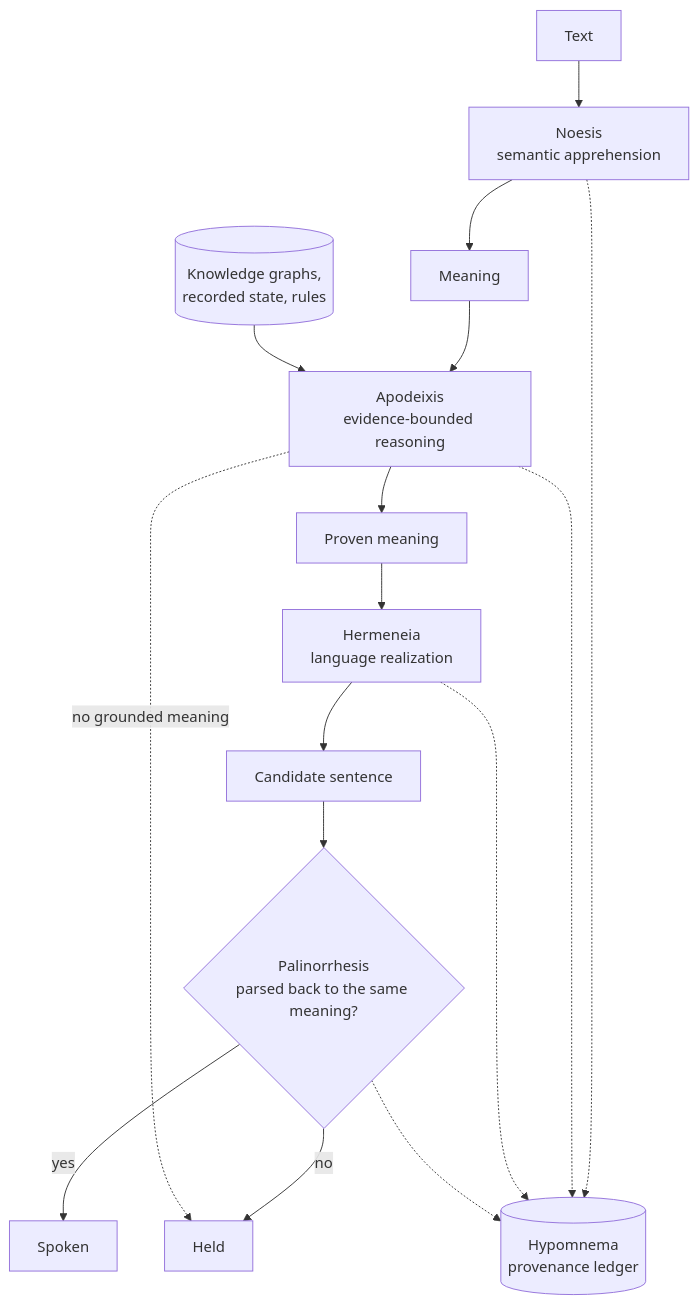
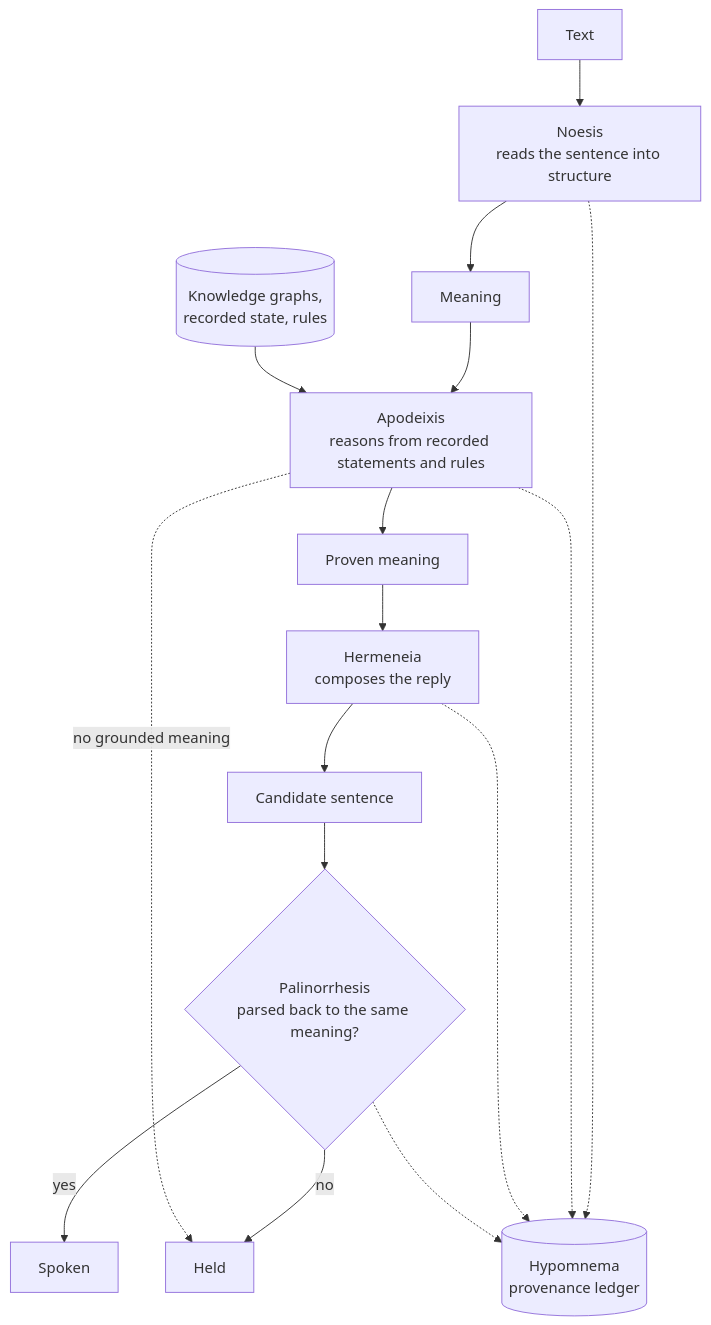
The diagram in README.md (DoTaeIn/Marco), drawn with Mermaid before and after one commit. The commit also changed other lines of this file and 12 other files, not shown here.

Commit message:
README rewritten to the current state: the gate at 69 of 108, the experiment loop, the fixed timeline, a short layout; the detail sections moved unchanged into docs/en; experiments 2 and 3 logged with their reports

````diff
--- a/README.md
+++ b/README.md
@@ -333,15 +110,15 @@
 ```mermaid
 flowchart TD
-    T[Text] --> N[Noesis<br/>semantic apprehension]
+    T[Text] --> N[Noesis<br/>reads the sentence into structure]
     N --> M[Meaning]
-    M --> P[Apodeixis<br/>evidence-bounded reasoning]
+    M --> P[Apodeixis<br/>reasons from recorded statements and rules]
     KG[(Knowledge graphs,<br/>recorded state, rules)] --> P
     P --> C[Proven meaning]
-    C --> H[Hermeneia<br/>language realization]
+    C --> H[Hermeneia<br/>composes the reply]
     H --> S[Candidate sentence]
     S --> R{Palinorrhesis<br/>parsed back to the same meaning?}
     R -- yes --> SPEAK[Spoken]
     R -- no --> HOLD[Held]
     P -. no grounded meaning .-> HOLD
     N & P & H & R -.-> Y[(Hypomnema<br/>provenance ledger)]
 ```
````
